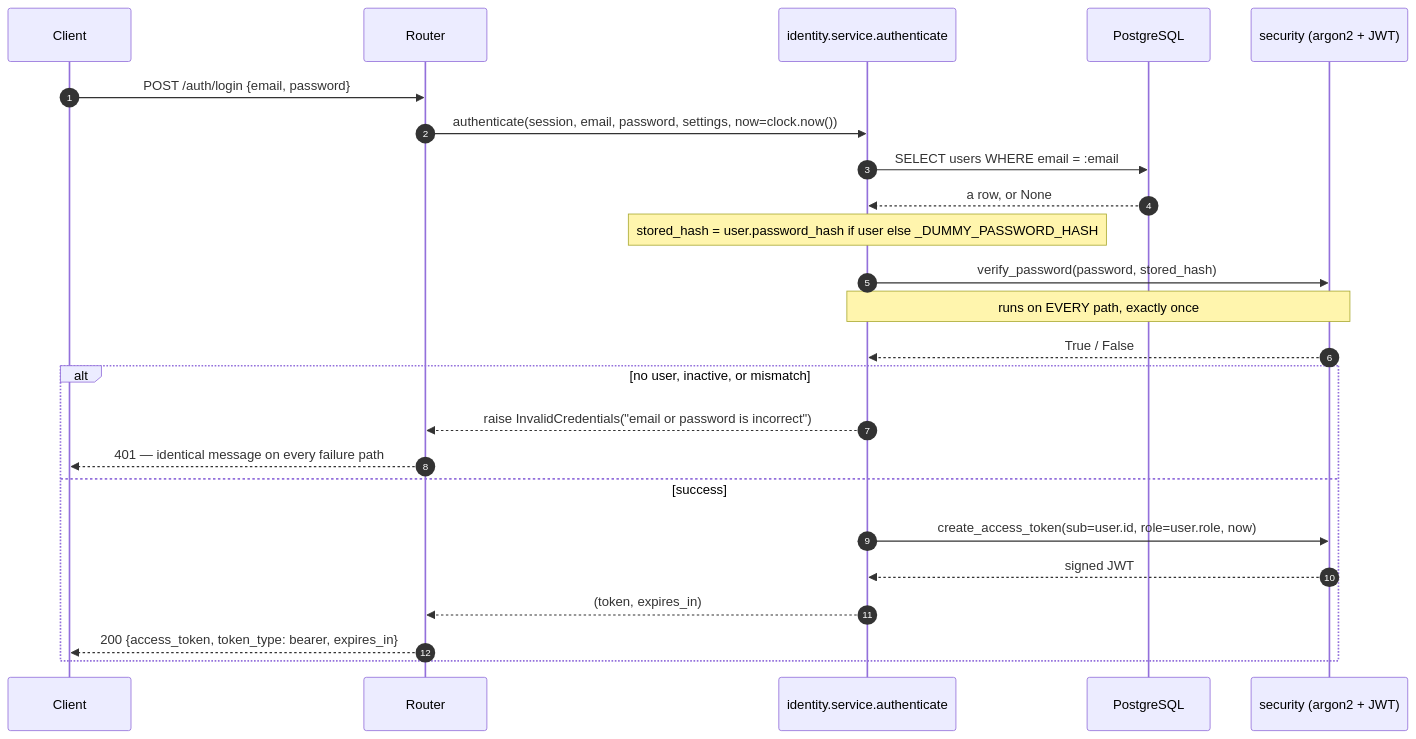
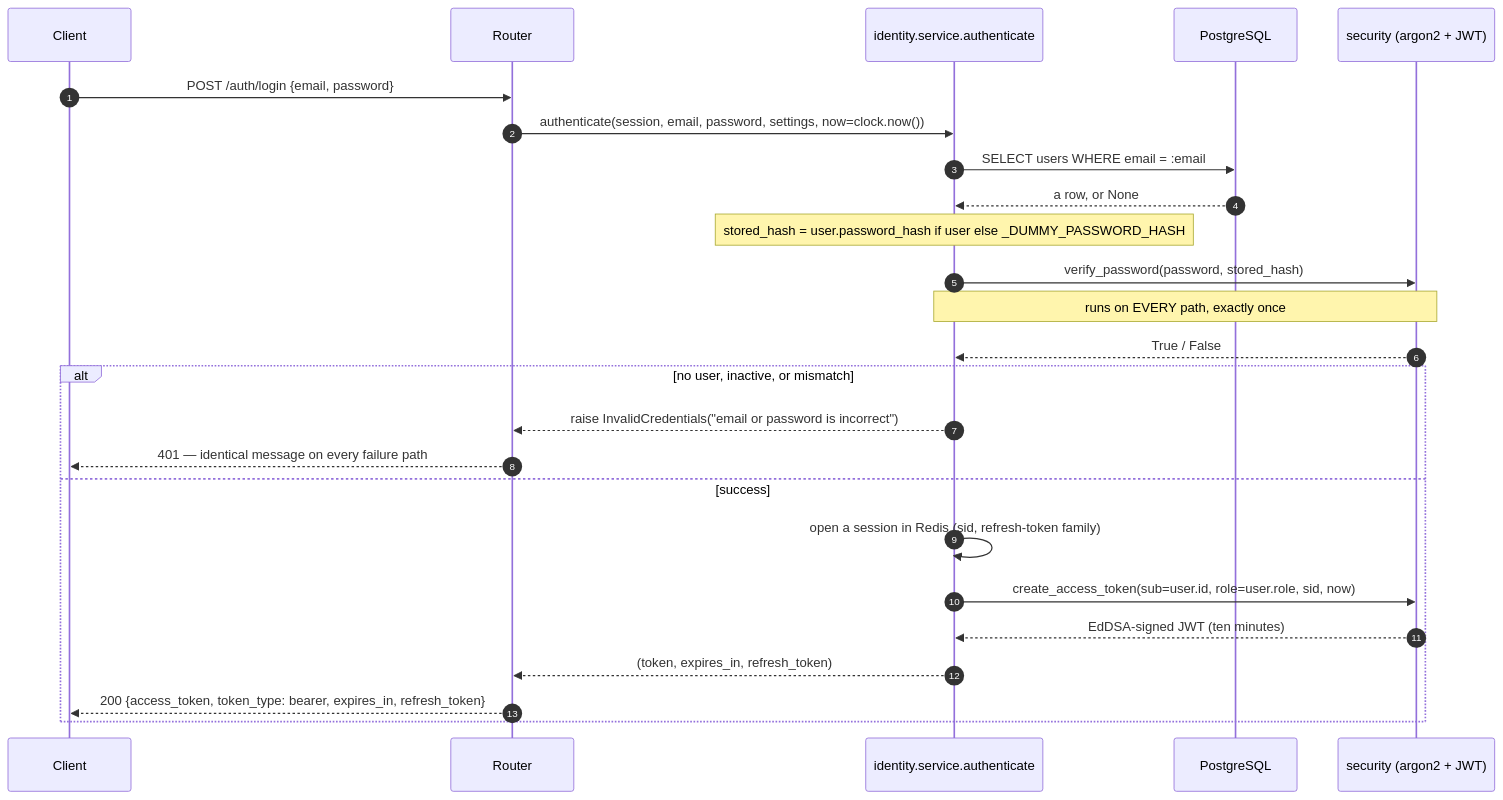
The third of 15 diagrams in docs/ARCHITECTURE.md (sadainiqrar/smarthealth), drawn with Mermaid before and after one commit. The commit also changed other lines of this file and 3 other files, not shown here.

````diff
--- a/docs/ARCHITECTURE.md
+++ b/docs/ARCHITECTURE.md
@@ -488,27 +693,28 @@
 ```mermaid
 sequenceDiagram
     autonumber
     participant C as Client
     participant R as Router
     participant S as identity.service.authenticate
     participant P as PostgreSQL
     participant J as security (argon2 + JWT)
 
     C->>R: POST /auth/login {email, password}
     R->>S: authenticate(session, email, password, settings, now=clock.now())
     S->>P: SELECT users WHERE email = :email
     P-->>S: a row, or None
     Note over S: stored_hash = user.password_hash if user else _DUMMY_PASSWORD_HASH
     S->>J: verify_password(password, stored_hash)
     Note over S,J: runs on EVERY path, exactly once
     J-->>S: True / False
     alt no user, inactive, or mismatch
         S-->>R: raise InvalidCredentials("email or password is incorrect")
         R-->>C: 401 — identical message on every failure path
     else success
-        S->>J: create_access_token(sub=user.id, role=user.role, now)
-        J-->>S: signed JWT
-        S-->>R: (token, expires_in)
-        R-->>C: 200 {access_token, token_type: bearer, expires_in}
+        S->>S: open a session in Redis (sid, refresh-token family)
+        S->>J: create_access_token(sub=user.id, role=user.role, sid, now)
+        J-->>S: EdDSA-signed JWT (ten minutes)
+        S-->>R: (token, expires_in, refresh_token)
+        R-->>C: 200 {access_token, token_type: bearer, expires_in, refresh_token}
     end
 ```
````
